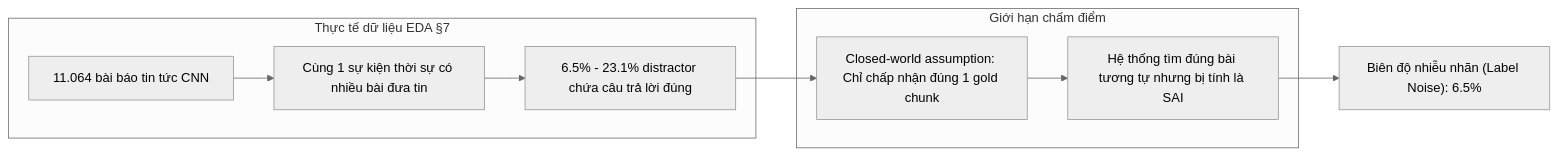
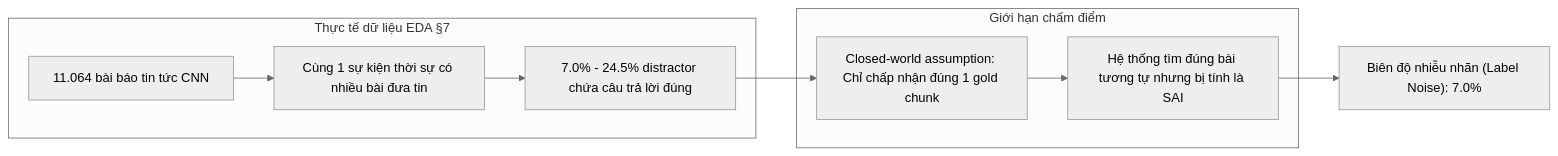
The first of 2 diagrams in docs/reports/phase1/report.md (ThomasdeCarpio/Text-Mining---NewsQA-RAG), drawn with Mermaid (neutral theme) before and after one commit. The commit also changed other lines of this file and 4 other files, not shown here.

````diff
--- a/docs/reports/phase1/report.md
+++ b/docs/reports/phase1/report.md
@@ -15,12 +15,12 @@
 ```mermaid
 flowchart LR
     subgraph Data Reality [Thực tế dữ liệu EDA §7]
         A["11.064 bài báo tin tức CNN"] --> B["Cùng 1 sự kiện thời sự có nhiều bài đưa tin"]
-        B --> C["6.5% - 23.1% distractor chứa câu trả lời đúng"]
+        B --> C["7.0% - 24.5% distractor chứa câu trả lời đúng"]
     end
     subgraph Scoring Artifact [Giới hạn chấm điểm]
         C --> D["Closed-world assumption: Chỉ chấp nhận đúng 1 gold chunk"]
         D --> E["Hệ thống tìm đúng bài tương tự nhưng bị tính là SAI"]
     end
-    E --> F["Biên độ nhiễu nhãn (Label Noise): 6.5%"]
+    E --> F["Biên độ nhiễu nhãn (Label Noise): 7.0%"]
 ```
````
